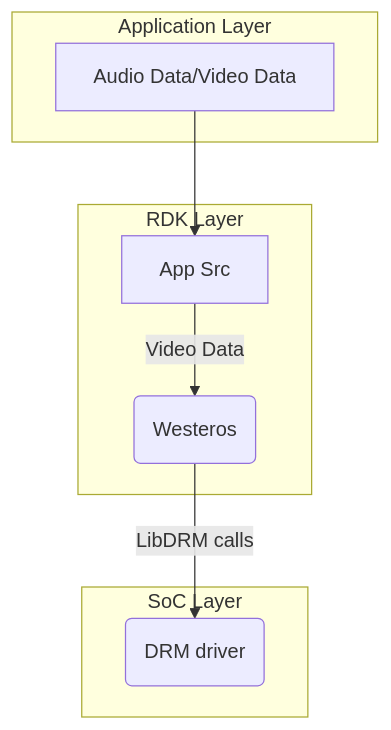
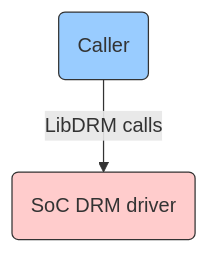
Before and after one commit to rdkcentral/rdk-halif-libdrm: the first of 2 diagrams in docs/pages/libdrm.md, drawn with Mermaid. The commit also changed other lines of this file, not shown here.

````diff
--- a/docs/pages/libdrm.md
+++ b/docs/pages/libdrm.md
@@ -44,13 +46,8 @@
 ```mermaid
 flowchart TD
-subgraph Application Layer
-A[Audio Data/Video Data]
-end
-    A --> B[App Src]
-subgraph RDK Layer
-    B -->|Video Data| C(Westeros)
-end
-subgraph SoC Layer
-    C --> |LibDRM calls| D(DRM driver)
-end
+
+A(Caller) --> |LibDRM calls| B(SoC DRM driver)
+
+style A fill:#99CCFF,stroke:#333
+style B fill:#fcc,stroke:#333
 ```
````
